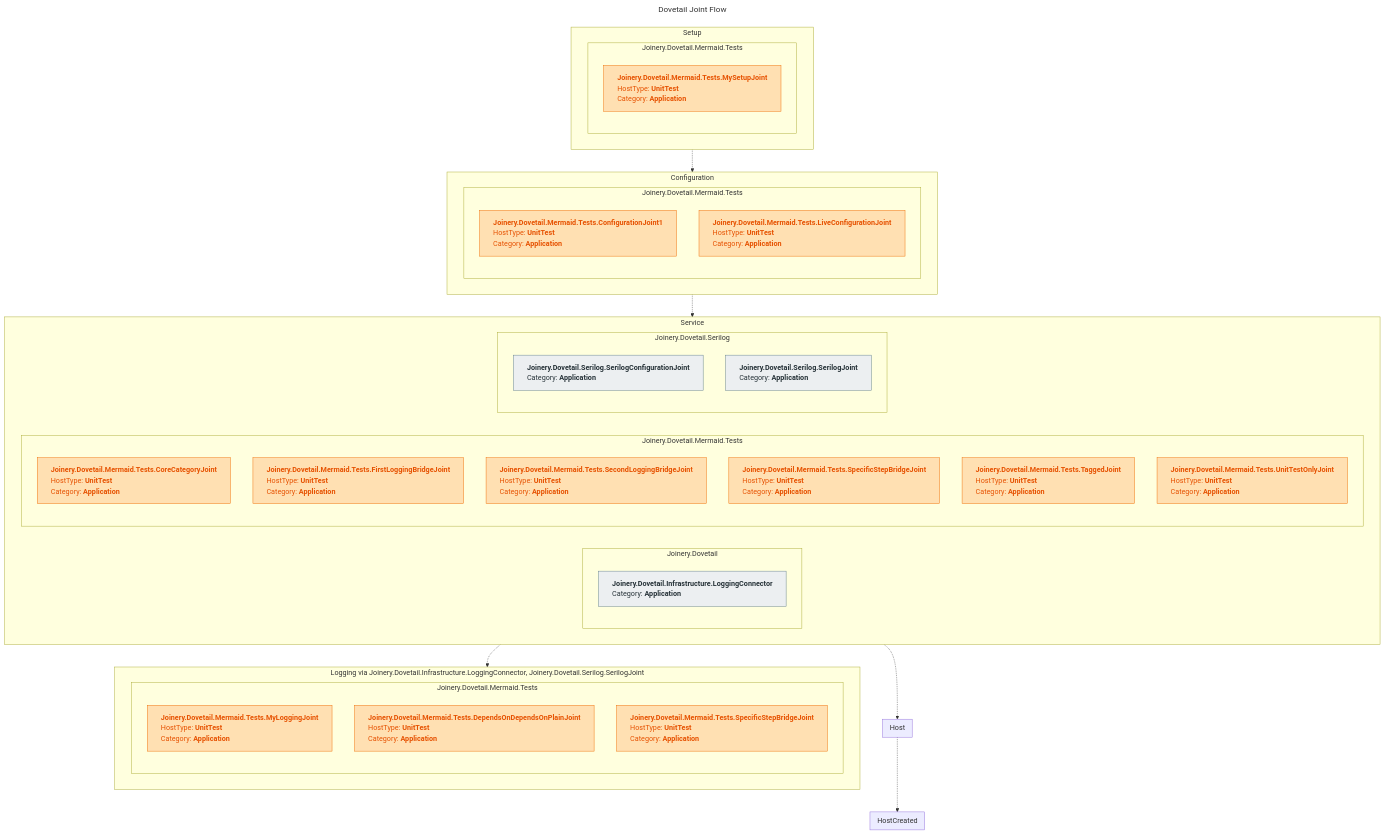
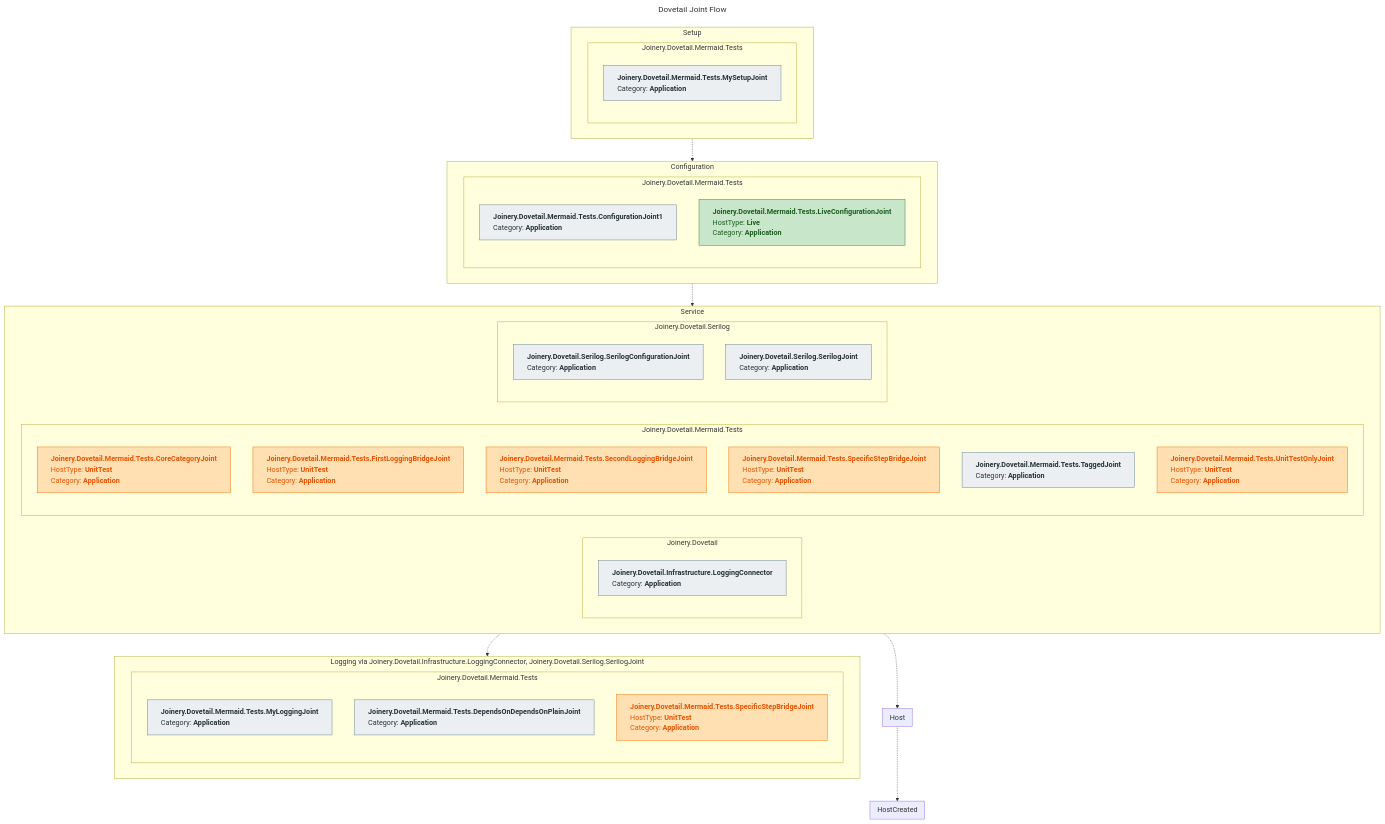
The diagram in test/Joinery.Dovetail.Mermaid.Tests/snapshots/DovetailContextDiagramTests.Should_Render_Default_Flowchart.verified.md (RocketSurgeonsGuild/Dovetail), drawn with Mermaid before and after one commit. The commit also changed 19 other files, not shown here.

First line of the commit message:
Honour live-only, unit-test-only and host-type attributes in generated export metadata (#267)

````diff
--- a/test/Joinery.Dovetail.Mermaid.Tests/snapshots/DovetailContextDiagramTests.Should_Render_Default_Flowchart.verified.md
+++ b/test/Joinery.Dovetail.Mermaid.Tests/snapshots/DovetailContextDiagramTests.Should_Render_Default_Flowchart.verified.md
@@ -1,74 +1,74 @@
 ```mermaid
 ---
 title: Dovetail Joint Flow
 ---
 flowchart TB
     subgraph sub1 [Setup]
     direction RL
     subgraph sub2 [Joinery.Dovetail.Mermaid.Tests]
-    id3["`**Joinery.Dovetail.Mermaid.Tests.MySetupJoint**<br/>HostType: **UnitTest**<br/>Category: **Application**`"]
+    id3["`**Joinery.Dovetail.Mermaid.Tests.MySetupJoint**<br/>Category: **Application**`"]
     end
     end
     subgraph sub6 [Configuration]
     direction RL
     subgraph sub7 [Joinery.Dovetail.Mermaid.Tests]
-    id8["`**Joinery.Dovetail.Mermaid.Tests.ConfigurationJoint1**<br/>HostType: **UnitTest**<br/>Category: **Application**`"]
-    id9["`**Joinery.Dovetail.Mermaid.Tests.LiveConfigurationJoint**<br/>HostType: **UnitTest**<br/>Category: **Application**`"]
+    id8["`**Joinery.Dovetail.Mermaid.Tests.ConfigurationJoint1**<br/>Category: **Application**`"]
+    id9["`**Joinery.Dovetail.Mermaid.Tests.LiveConfigurationJoint**<br/>HostType: **Live**<br/>Category: **Application**`"]
     end
     end
     subgraph sub12 [Service]
     direction RL
     subgraph sub13 [Joinery.Dovetail]
     id14["`**Joinery.Dovetail.Infrastructure.LoggingConnector**<br/>Category: **Application**`"]
     end
     subgraph sub16 [Joinery.Dovetail.Mermaid.Tests]
     id17["`**Joinery.Dovetail.Mermaid.Tests.CoreCategoryJoint**<br/>HostType: **UnitTest**<br/>Category: **Application**`"]
     id18["`**Joinery.Dovetail.Mermaid.Tests.FirstLoggingBridgeJoint**<br/>HostType: **UnitTest**<br/>Category: **Application**`"]
     id19["`**Joinery.Dovetail.Mermaid.Tests.SecondLoggingBridgeJoint**<br/>HostType: **UnitTest**<br/>Category: **Application**`"]
     id20["`**Joinery.Dovetail.Mermaid.Tests.SpecificStepBridgeJoint**<br/>HostType: **UnitTest**<br/>Category: **Application**`"]
-    id21["`**Joinery.Dovetail.Mermaid.Tests.TaggedJoint**<br/>HostType: **UnitTest**<br/>Category: **Application**`"]
+    id21["`**Joinery.Dovetail.Mermaid.Tests.TaggedJoint**<br/>Category: **Application**`"]
     id22["`**Joinery.Dovetail.Mermaid.Tests.UnitTestOnlyJoint**<br/>HostType: **UnitTest**<br/>Category: **Application**`"]
     end
     subgraph sub24 [Joinery.Dovetail.Serilog]
     id25["`**Joinery.Dovetail.Serilog.SerilogConfigurationJoint**<br/>Category: **Application**`"]
     id26["`**Joinery.Dovetail.Serilog.SerilogJoint**<br/>Category: **Application**`"]
     end
     end
     subgraph sub29 [Host]
     direction RL
     end
     subgraph sub31 [HostCreated]
     direction RL
     end
     subgraph sub33 [Logging via Joinery.Dovetail.Infrastructure.LoggingConnector, Joinery.Dovetail.Serilog.SerilogJoint]
     direction RL
     subgraph sub34 [Joinery.Dovetail.Mermaid.Tests]
-    id35["`**Joinery.Dovetail.Mermaid.Tests.MyLoggingJoint**<br/>HostType: **UnitTest**<br/>Category: **Application**`"]
-    id36["`**Joinery.Dovetail.Mermaid.Tests.DependsOnDependsOnPlainJoint**<br/>HostType: **UnitTest**<br/>Category: **Application**`"]
+    id35["`**Joinery.Dovetail.Mermaid.Tests.MyLoggingJoint**<br/>Category: **Application**`"]
+    id36["`**Joinery.Dovetail.Mermaid.Tests.DependsOnDependsOnPlainJoint**<br/>Category: **Application**`"]
     id37["`**Joinery.Dovetail.Mermaid.Tests.SpecificStepBridgeJoint**<br/>HostType: **UnitTest**<br/>Category: **Application**`"]
     end
     end
     sub6 -.-> sub12
     sub29 -.-> sub31
     sub12 -.-> sub29
     sub12 -.-> sub33
     sub1 -.-> sub6
     classDef hostUndefined text-align:left,fill:#eceff1,stroke:#607d8b,color:#263238
     classDef hostLive text-align:left,fill:#c8e6c9,stroke:#2e7d32,color:#1b5e20
     classDef hostUnitTest text-align:left,fill:#ffe0b2,stroke:#ef6c00,color:#e65100
-    class id3 hostUnitTest
-    class id8 hostUnitTest
-    class id9 hostUnitTest
+    class id3 hostUndefined
+    class id8 hostUndefined
+    class id9 hostLive
     class id14 hostUndefined
     class id17 hostUnitTest
     class id18 hostUnitTest
     class id19 hostUnitTest
     class id20 hostUnitTest
-    class id21 hostUnitTest
+    class id21 hostUndefined
     class id22 hostUnitTest
     class id25 hostUndefined
     class id26 hostUndefined
-    class id35 hostUnitTest
-    class id36 hostUnitTest
+    class id35 hostUndefined
+    class id36 hostUndefined
     class id37 hostUnitTest
 ```
````
